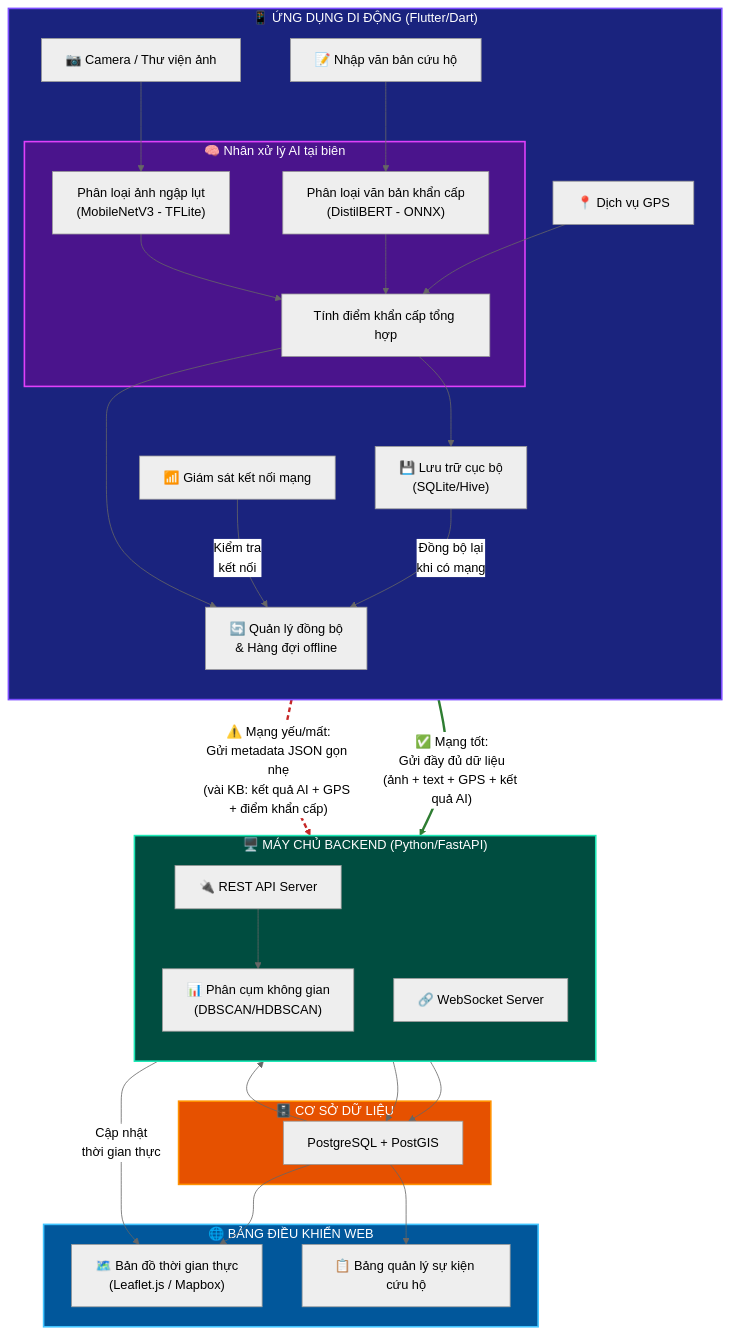
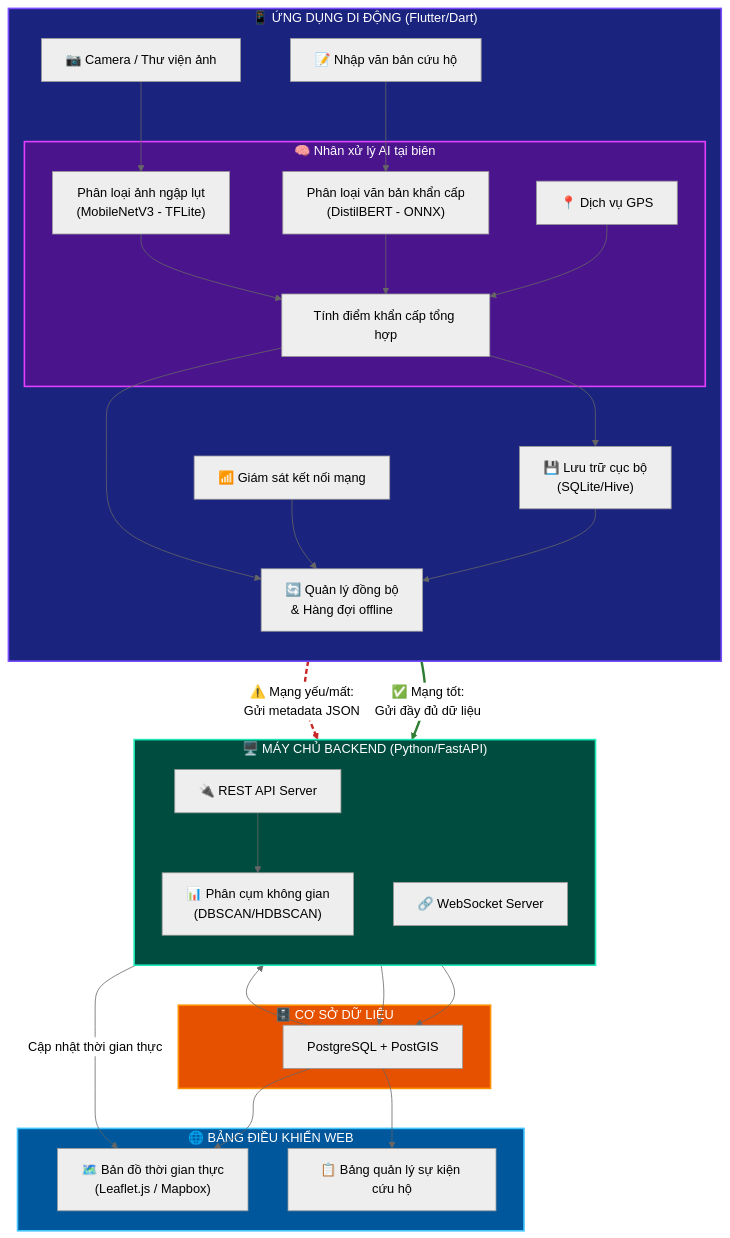
One commit to ngthtrong/nckh2 changed the diagram in diagrams/diagram1_system_architecture.mmd. Above: the diagram before and after it, drawn with Mermaid (neutral theme). The commit also changed 4 other files, not shown here.

Commit message:
Fix diagram layout: GPS inside AI_ENGINE box, URGENCY node outside AI_LAYER subgraph, regenerate PNGs

```diff
--- a/diagrams/diagram1_system_architecture.mmd
+++ b/diagrams/diagram1_system_architecture.mmd
@@ -1,65 +1,65 @@
 graph TB
     subgraph MOBILE["📱 ỨNG DỤNG DI ĐỘNG (Flutter/Dart)"]
         direction TB
         CAM["📷 Camera / Thư viện ảnh"]
         TXT["📝 Nhập văn bản cứu hộ"]
-        GPS["📍 Dịch vụ GPS"]
         
         subgraph AI_ENGINE["🧠 Nhân xử lý AI tại biên"]
             IMG_AI["Phân loại ảnh ngập lụt<br/>(MobileNetV3 - TFLite)"]
             TXT_AI["Phân loại văn bản khẩn cấp<br/>(DistilBERT - ONNX)"]
+            GPS["📍 Dịch vụ GPS"]
             SCORE["Tính điểm khẩn cấp tổng hợp"]
         end
         
         LOCAL_DB["💾 Lưu trữ cục bộ<br/>(SQLite/Hive)"]
         SYNC["🔄 Quản lý đồng bộ<br/>& Hàng đợi offline"]
         NET_MON["📶 Giám sát kết nối mạng"]
     end
 
     subgraph SERVER["🖥️ MÁY CHỦ BACKEND (Python/FastAPI)"]
         direction TB
         API["🔌 REST API Server"]
         WS["🔗 WebSocket Server"]
         CLUSTER["📊 Phân cụm không gian<br/>(DBSCAN/HDBSCAN)"]
     end
 
     subgraph DATABASE["🗄️ CƠ SỞ DỮ LIỆU"]
         PG["PostgreSQL + PostGIS"]
     end
 
     subgraph DASHBOARD["🌐 BẢNG ĐIỀU KHIỂN WEB"]
         MAP["🗺️ Bản đồ thời gian thực<br/>(Leaflet.js / Mapbox)"]
         PANEL["📋 Bảng quản lý sự kiện cứu hộ"]
     end
 
     CAM --> IMG_AI
     TXT --> TXT_AI
     IMG_AI --> SCORE
     TXT_AI --> SCORE
     GPS --> SCORE
     SCORE --> SYNC
     SCORE --> LOCAL_DB
 
-    NET_MON -->|"Kiểm tra<br/>kết nối"| SYNC
+    NET_MON --> SYNC
 
-    SYNC -->|"✅ Mạng tốt:<br/>Gửi đầy đủ dữ liệu<br/>(ảnh + text + GPS + kết quả AI)"| API
-    SYNC -->|"⚠️ Mạng yếu/mất:<br/>Gửi metadata JSON gọn nhẹ<br/>(vài KB: kết quả AI + GPS + điểm khẩn cấp)"| API
+    SYNC -->|"✅ Mạng tốt:<br/>Gửi đầy đủ dữ liệu"| API
+    SYNC -.->|"⚠️ Mạng yếu/mất:<br/>Gửi metadata JSON"| API
 
-    LOCAL_DB -->|"Đồng bộ lại<br/>khi có mạng"| SYNC
+    LOCAL_DB --> SYNC
 
     API --> CLUSTER
     API --> PG
     CLUSTER --> PG
     
-    WS -->|"Cập nhật<br/>thời gian thực"| MAP
+    WS -->|"Cập nhật thời gian thực"| MAP
     PG --> WS
     PG --> MAP
     PG --> PANEL
 
     style MOBILE fill:#1a237e,stroke:#7c4dff,color:#fff,stroke-width:2px
     style AI_ENGINE fill:#4a148c,stroke:#e040fb,color:#fff,stroke-width:2px
     style SERVER fill:#004d40,stroke:#1de9b6,color:#fff,stroke-width:2px
     style DATABASE fill:#e65100,stroke:#ff9100,color:#fff,stroke-width:2px
     style DASHBOARD fill:#01579b,stroke:#40c4ff,color:#fff,stroke-width:2px
     linkStyle 8 stroke:#2e7d32,stroke-width:3px
     linkStyle 9 stroke:#c62828,stroke-width:3px,stroke-dasharray: 6 4
```
